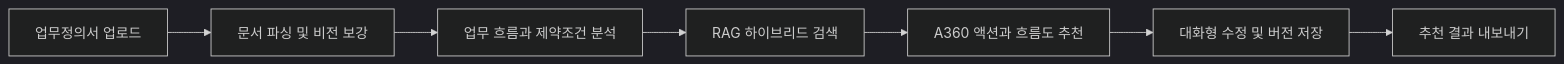
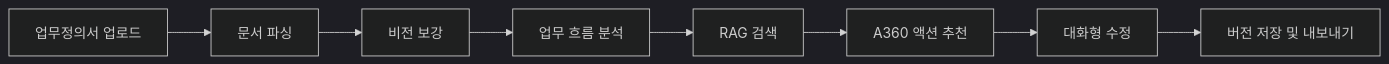
One commit to Metanet-Final-01/A360-Assistant-Backend changed the first of 2 diagrams in README.md. Above: the diagram before and after it, drawn with Mermaid (dark theme). The commit also changed other lines of this file, not shown here.

````diff
--- a/README.md
+++ b/README.md
@@ -45,9 +45,10 @@
 ```mermaid
 flowchart LR
-    A["업무정의서 업로드"] --> B["문서 파싱 및 비전 보강"]
-    B --> C["업무 흐름과 제약조건 분석"]
-    C --> D["RAG 하이브리드 검색"]
-    D --> E["A360 액션과 흐름도 추천"]
-    E --> F["대화형 수정 및 버전 저장"]
-    F --> G["추천 결과 내보내기"]
+    A[업무정의서 업로드] --> B[문서 파싱]
+    B --> C[비전 보강]
+    C --> D[업무 흐름 분석]
+    D --> E[RAG 검색]
+    E --> F[A360 액션 추천]
+    F --> G[대화형 수정]
+    G --> H[버전 저장 및 내보내기]
 ```
````
